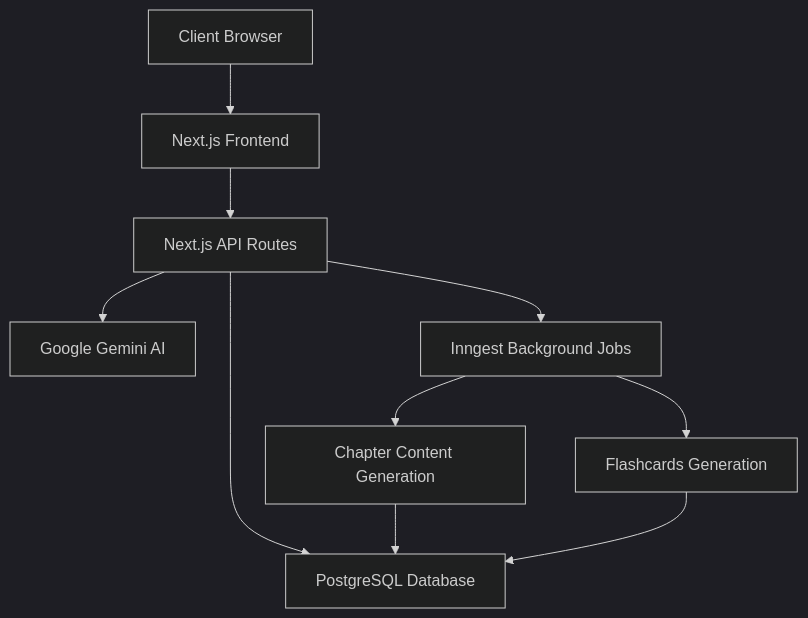
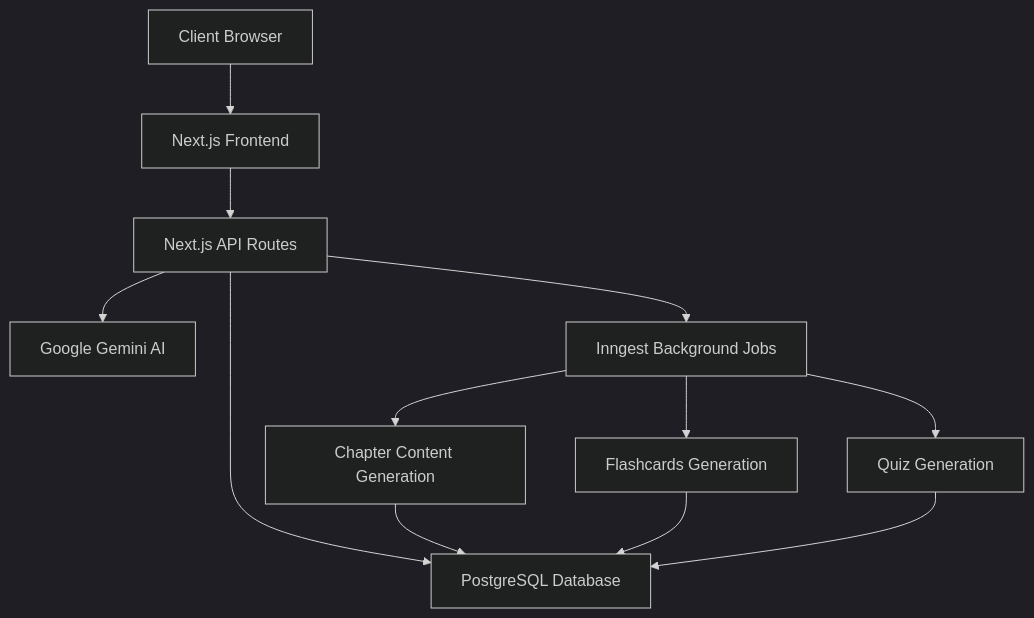
Before and after one commit to ItsRudraksh/studymate-ai: the first of 4 diagrams in README.md, drawn with Mermaid (dark theme). The commit also changed other lines of this file and 18 other files, not shown here.

First line of the commit message:
feat: Add quiz generation feature and enhance study materials

````diff
--- a/README.md
+++ b/README.md
@@ -56,12 +65,14 @@
 ```mermaid
 graph TD
     A[Client Browser] --> B[Next.js Frontend]
     B --> C[Next.js API Routes]
     C --> D[PostgreSQL Database]
     C --> E[Google Gemini AI]
     C --> F[Inngest Background Jobs]
     F --> G[Chapter Content Generation]
     F --> H[Flashcards Generation]
+    F --> I[Quiz Generation]
     G --> D
     H --> D
+    I --> D
 ```
````
